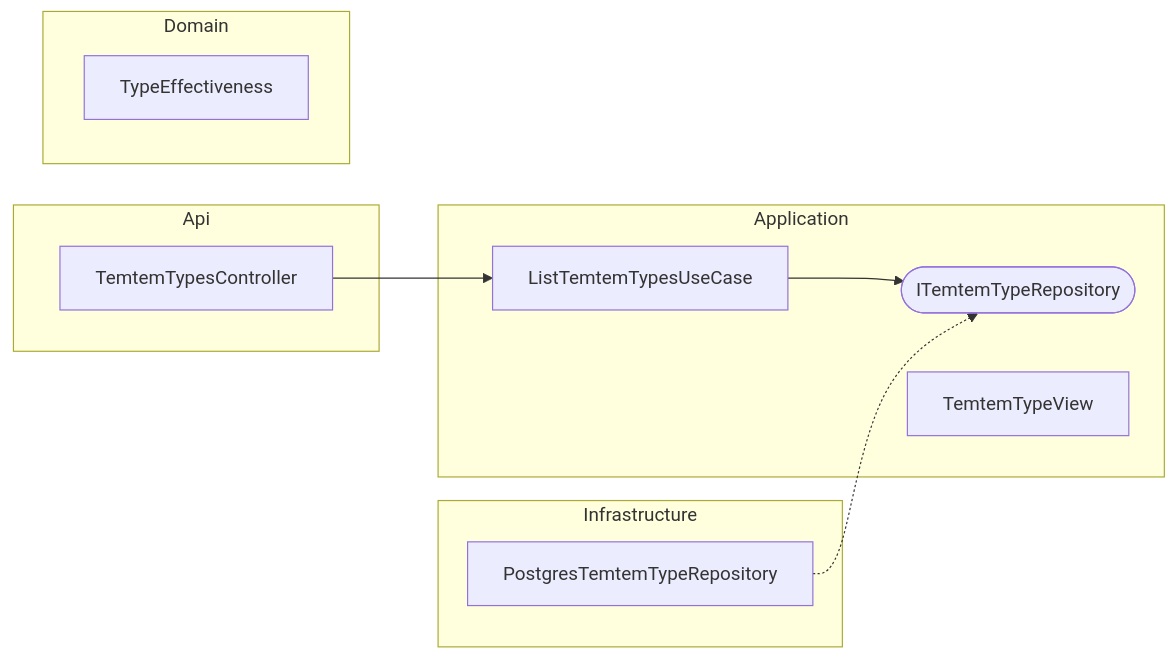
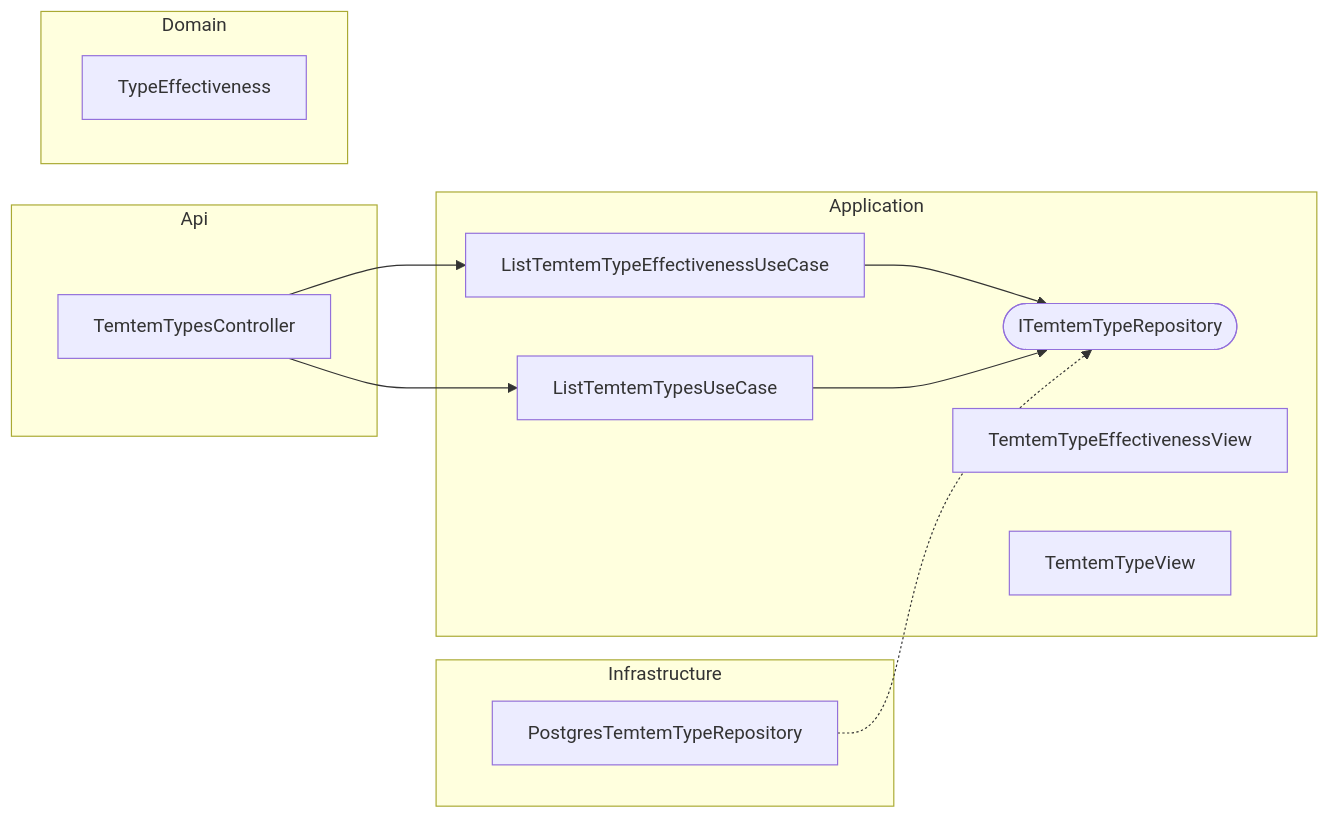
Before and after one commit to huiitre/Tools-app: the diagram in api/docs/diagrams/Temtem/Types/types.md, drawn with Mermaid. The commit also changed 20 other files, not shown here.

````diff
--- a/api/docs/diagrams/Temtem/Types/types.md
+++ b/api/docs/diagrams/Temtem/Types/types.md
@@ -5,20 +5,24 @@
 ```mermaid
 flowchart LR
   subgraph Api
   TemtemTypesController["TemtemTypesController"]
   end
   subgraph Application
   ITemtemTypeRepository(["ITemtemTypeRepository"])
+  ListTemtemTypeEffectivenessUseCase["ListTemtemTypeEffectivenessUseCase"]
   ListTemtemTypesUseCase["ListTemtemTypesUseCase"]
+  TemtemTypeEffectivenessView["TemtemTypeEffectivenessView"]
   TemtemTypeView["TemtemTypeView"]
   end
   subgraph Domain
   TypeEffectiveness["TypeEffectiveness"]
   end
   subgraph Infrastructure
   PostgresTemtemTypeRepository["PostgresTemtemTypeRepository"]
   end
+  ListTemtemTypeEffectivenessUseCase --> ITemtemTypeRepository
   ListTemtemTypesUseCase --> ITemtemTypeRepository
   PostgresTemtemTypeRepository -.-> ITemtemTypeRepository
+  TemtemTypesController --> ListTemtemTypeEffectivenessUseCase
   TemtemTypesController --> ListTemtemTypesUseCase
 ```
````
